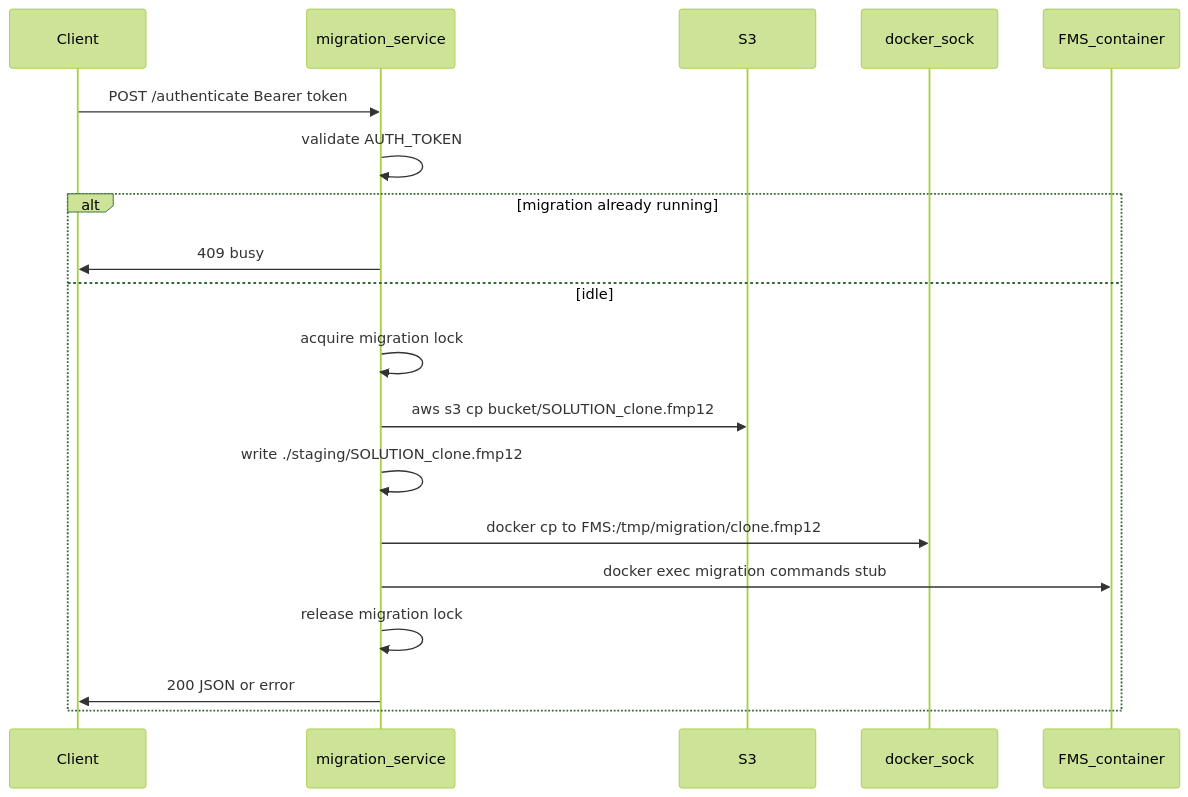
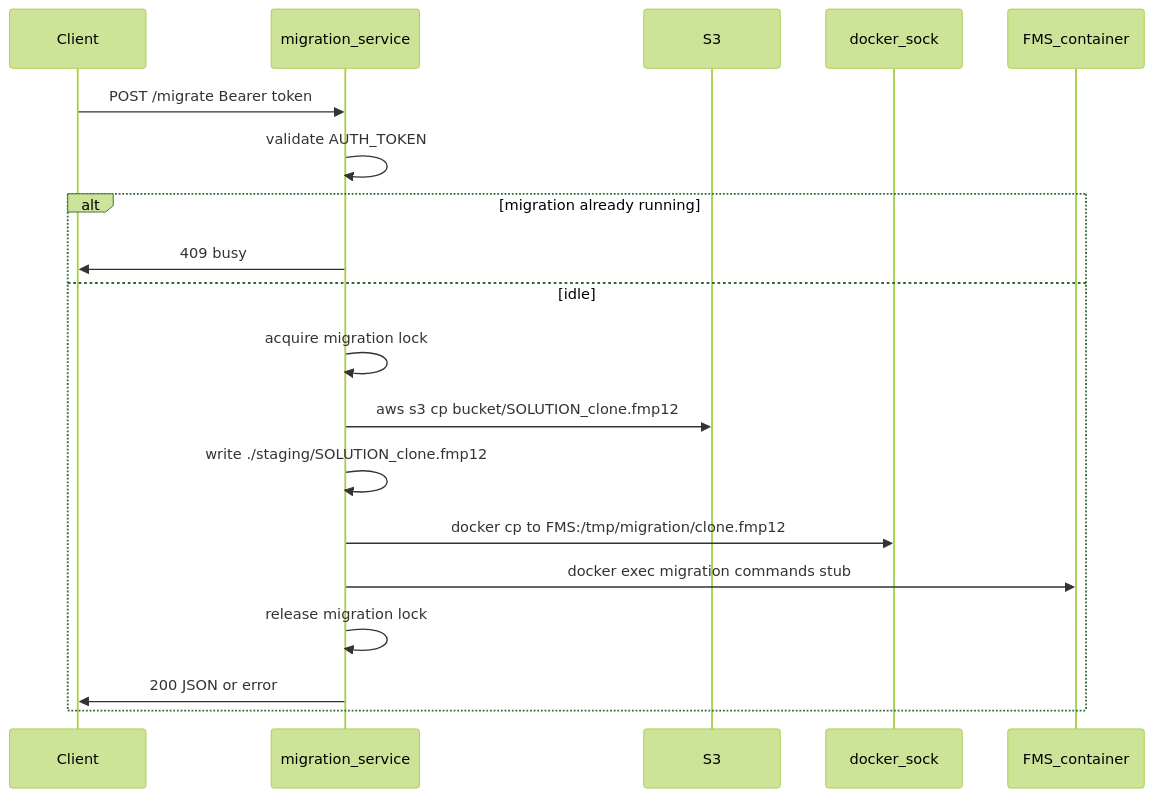
Before and after one commit to DeanAyalon/fmp-migration: the diagram in .cursor/plans/migration_http_service_298d7df6.plan.md, drawn with Mermaid (forest theme). The commit also changed other lines of this file and 9 other files, not shown here.

Commit message:
Listen on /health and /migrated (uses bearer token)

````diff
--- a/.cursor/plans/migration_http_service_298d7df6.plan.md
+++ b/.cursor/plans/migration_http_service_298d7df6.plan.md
@@ -37,22 +37,22 @@
 ```mermaid
 sequenceDiagram
     participant Client
     participant MigrationSvc as migration_service
     participant S3
     participant Docker as docker_sock
     participant FMS as FMS_container
 
-    Client->>MigrationSvc: POST /authenticate Bearer token
+    Client->>MigrationSvc: POST /migrate Bearer token
     MigrationSvc->>MigrationSvc: validate AUTH_TOKEN
     alt migration already running
         MigrationSvc->>Client: 409 busy
     else idle
         MigrationSvc->>MigrationSvc: acquire migration lock
         MigrationSvc->>S3: aws s3 cp bucket/SOLUTION_clone.fmp12
         MigrationSvc->>MigrationSvc: write ./staging/SOLUTION_clone.fmp12
         MigrationSvc->>Docker: docker cp to FMS:/tmp/migration/clone.fmp12
         MigrationSvc->>FMS: docker exec migration commands stub
         MigrationSvc->>MigrationSvc: release migration lock
         MigrationSvc->>Client: 200 JSON or error
     end
 ```
````
